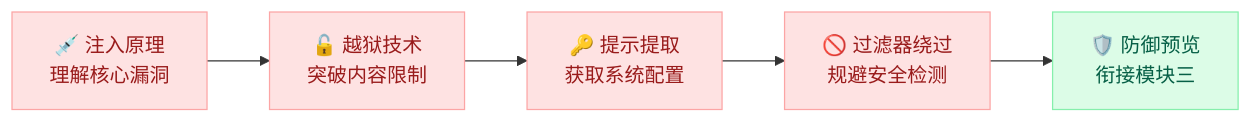
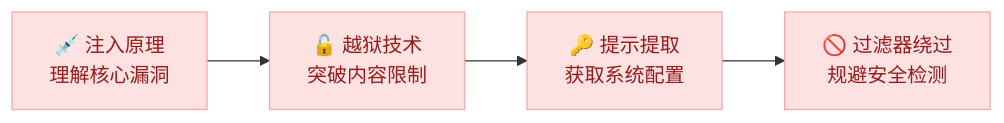
Before and after one commit to kangvcar/genai-security-course: the diagram in content/docs/02-prompt-attacks/index.mdx, drawn with Mermaid. The commit also changed other lines of this file and 22 other files, not shown here.

````diff
--- a/content/docs/02-prompt-attacks/index.mdx
+++ b/content/docs/02-prompt-attacks/index.mdx
@@ -19,12 +19,10 @@
 ```mermaid
 flowchart LR
     A["💉 注入原理\n理解核心漏洞"] --> B["🔓 越狱技术\n突破内容限制"]
     B --> C["🔑 提示提取\n获取系统配置"]
     C --> D["🚫 过滤器绕过\n规避安全检测"]
-    D --> E["🛡️ 防御预览\n衔接模块三"]
     style A fill:#fee2e2,stroke:#fca5a5,color:#991b1b
     style B fill:#fee2e2,stroke:#fca5a5,color:#991b1b
     style C fill:#fee2e2,stroke:#fca5a5,color:#991b1b
     style D fill:#fee2e2,stroke:#fca5a5,color:#991b1b
-    style E fill:#dcfce7,stroke:#86efac,color:#065f46
 ```
````
